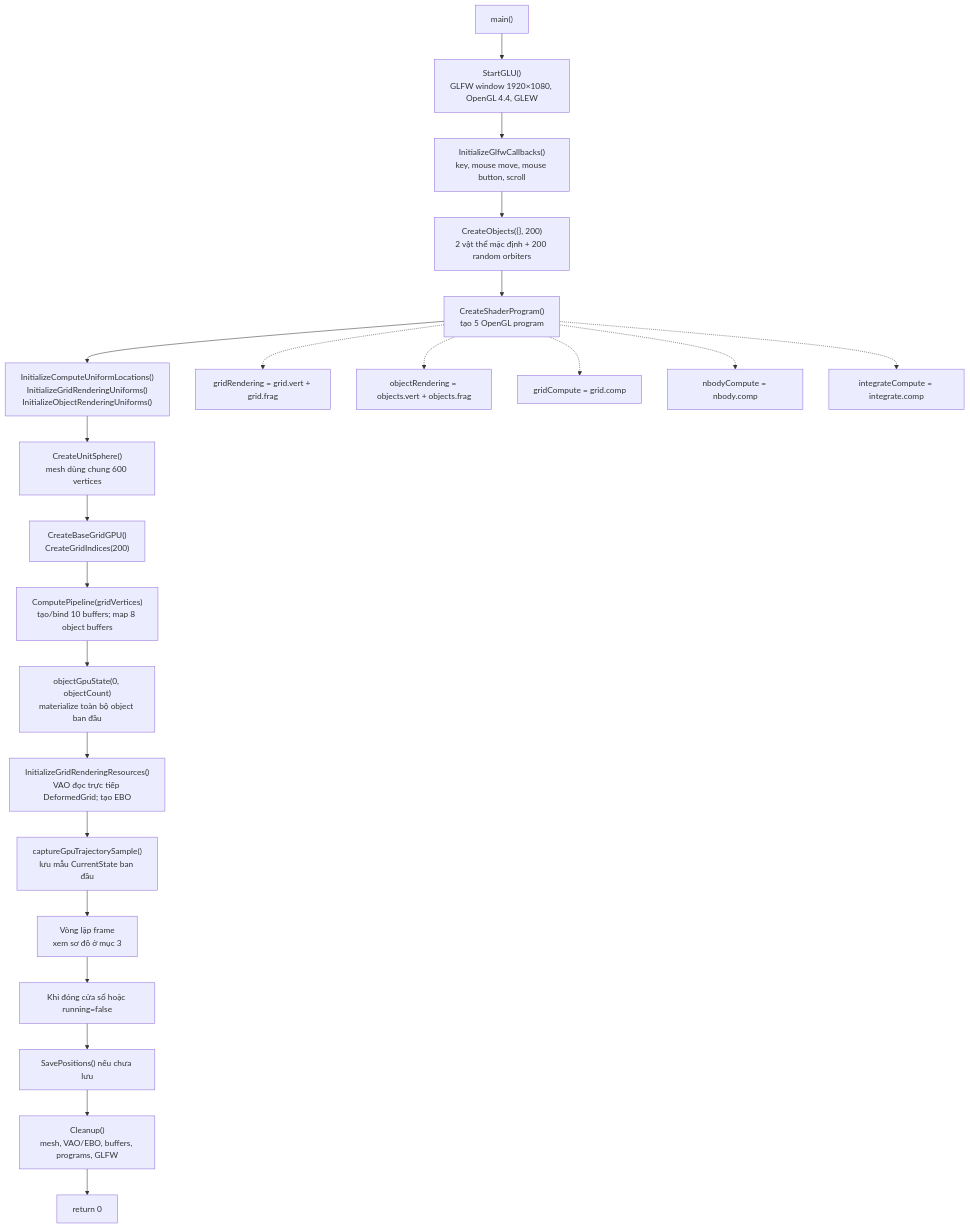
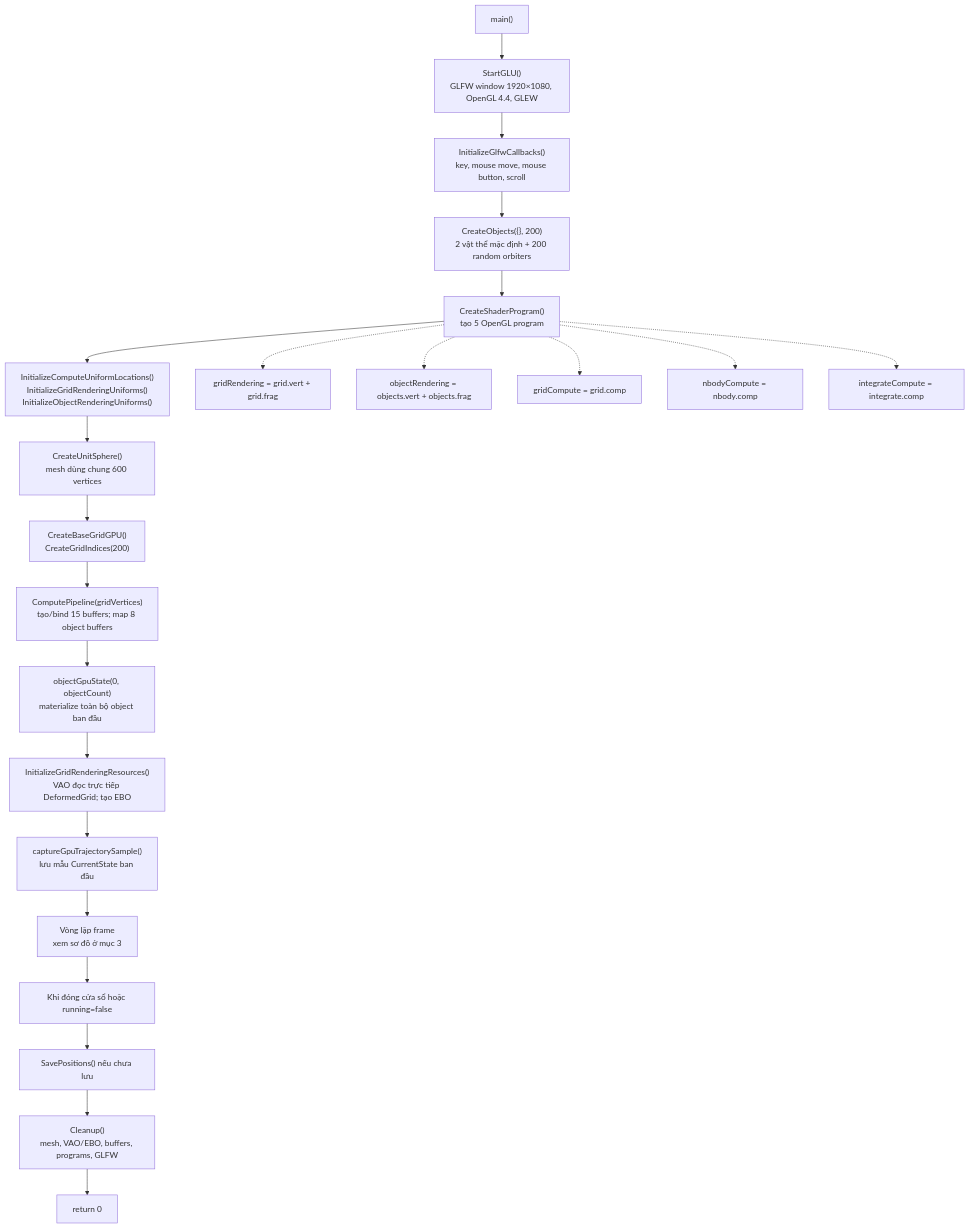
Before and after one commit to quocthaile/gravity_sim: the second of 10 diagrams in docs/gravity_sim_system_mermaid.md, drawn with Mermaid. The commit also changed other lines of this file and 21 other files, not shown here.

````diff
--- a/docs/gravity_sim_system_mermaid.md
+++ b/docs/gravity_sim_system_mermaid.md
@@ -52,25 +48,25 @@
 ```mermaid
 flowchart TD
     M["main()"] --> CTX["StartGLU()<br/>GLFW window 1920×1080, OpenGL 4.4, GLEW"]
     CTX --> CB["InitializeGlfwCallbacks()<br/>key, mouse move, mouse button, scroll"]
     CB --> OBJ["CreateObjects({}, 200)<br/>2 vật thể mặc định + 200 random orbiters"]
     OBJ --> PRG["CreateShaderProgram()<br/>tạo 5 OpenGL program"]
     PRG --> U["InitializeComputeUniformLocations()<br/>InitializeGridRenderingUniforms()<br/>InitializeObjectRenderingUniforms()"]
     U --> SPH["CreateUnitSphere()<br/>mesh dùng chung 600 vertices"]
     SPH --> GRID["CreateBaseGridGPU()<br/>CreateGridIndices(200)"]
-    GRID --> ALLOC["ComputePipeline(gridVertices)<br/>tạo/bind 10 buffers; map 8 object buffers"]
+    GRID --> ALLOC["ComputePipeline(gridVertices)<br/>tạo/bind 15 buffers; map 8 object buffers"]
     ALLOC --> MAT["objectGpuState(0, objectCount)<br/>materialize toàn bộ object ban đầu"]
     MAT --> VAO["InitializeGridRenderingResources()<br/>VAO đọc trực tiếp DeformedGrid; tạo EBO"]
     VAO --> INIT["captureGpuTrajectorySample()<br/>lưu mẫu CurrentState ban đầu"]
     INIT --> LOOP["Vòng lặp frame<br/>xem sơ đồ ở mục 3"]
     LOOP --> EXIT["Khi đóng cửa sổ hoặc running=false"]
     EXIT --> SAVE["SavePositions() nếu chưa lưu"]
     SAVE --> CLEAN["Cleanup()<br/>mesh, VAO/EBO, buffers, programs, GLFW"]
     CLEAN --> RET["return 0"]
 
     PRG -.-> GP["gridRendering = grid.vert + grid.frag"]
     PRG -.-> OP["objectRendering = objects.vert + objects.frag"]
     PRG -.-> GC["gridCompute = grid.comp"]
     PRG -.-> NB["nbodyCompute = nbody.comp"]
     PRG -.-> IT["integrateCompute = integrate.comp"]
 ```
````
